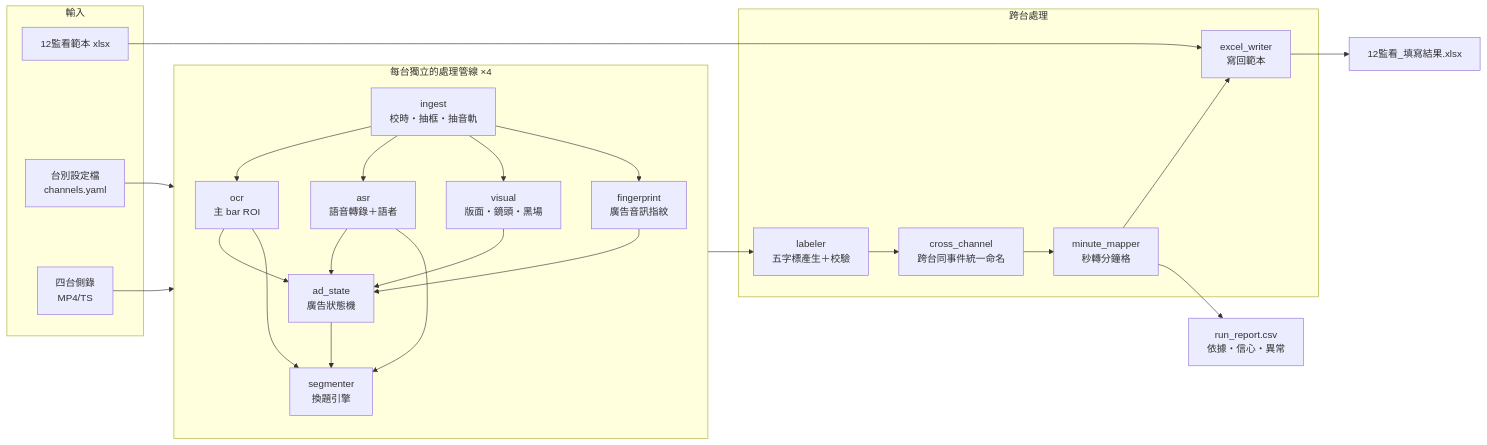
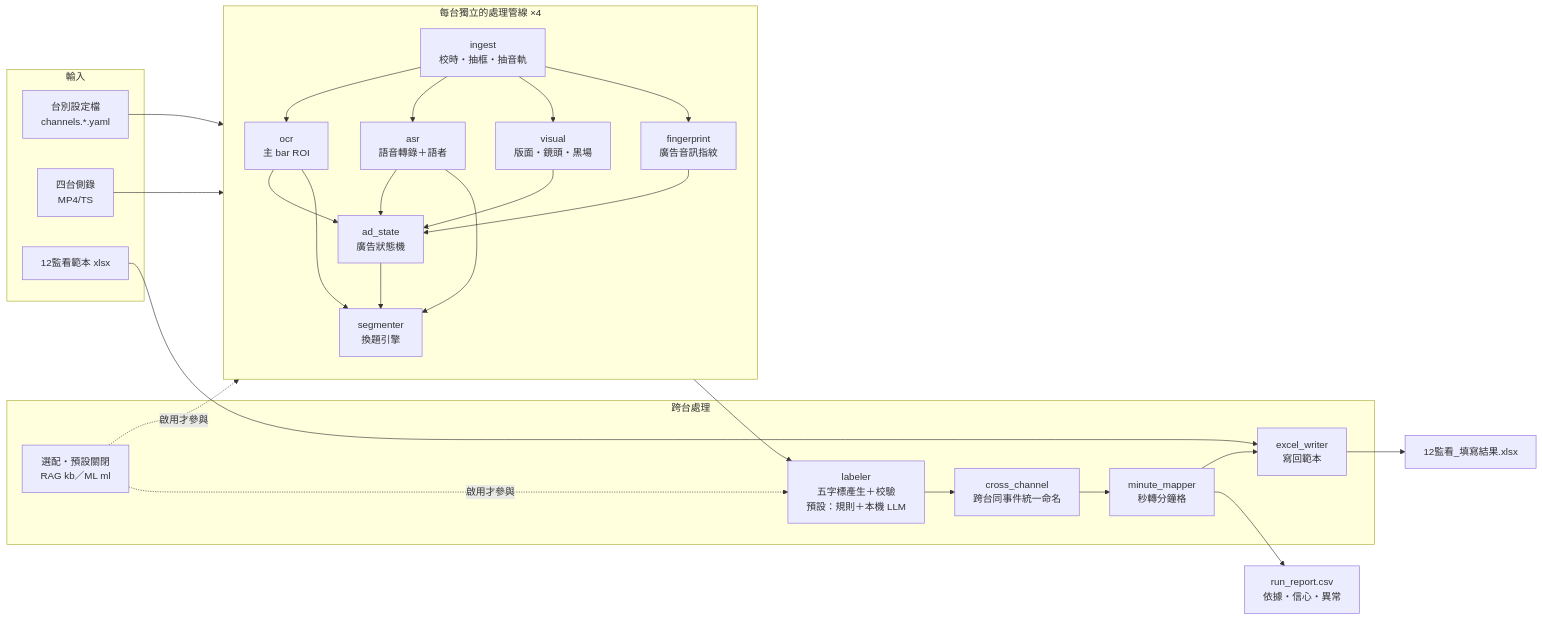
The first of 4 diagrams in docs/architecture.md (JeremyLiu2005/newsbar-copilot), drawn with Mermaid before and after one commit. The commit also changed other lines of this file and 6 other files, not shown here.

````diff
--- a/docs/architecture.md
+++ b/docs/architecture.md
@@ -40,37 +40,40 @@
 ```mermaid
 flowchart LR
     subgraph IN[輸入]
         V[四台側錄<br/>MP4/TS]
         T[12監看範本 xlsx]
-        C[台別設定檔<br/>channels.yaml]
+        C[台別設定檔<br/>channels.*.yaml]
     end
 
     subgraph P[每台獨立的處理管線 ×4]
         direction TB
         I[ingest<br/>校時・抽框・抽音軌]
         O[ocr<br/>主 bar ROI]
         A[asr<br/>語音轉錄＋語者]
         VI[visual<br/>版面・鏡頭・黑場]
         FP[fingerprint<br/>廣告音訊指紋]
         AD[ad_state<br/>廣告狀態機]
         SG[segmenter<br/>換題引擎]
         I --> O & A & VI & FP
         O & A & VI & FP --> AD
         AD --> SG
         O & A --> SG
     end
 
     subgraph X[跨台處理]
-        LB[labeler<br/>五字標產生＋校驗]
+        LB[labeler<br/>五字標產生＋校驗<br/>預設：規則＋本機 LLM]
+        OPT[選配・預設關閉<br/>RAG kb／ML ml]
         XC[cross_channel<br/>跨台同事件統一命名]
         MN[minute_mapper<br/>秒轉分鐘格]
         W[excel_writer<br/>寫回範本]
     end
 
     V --> I
     C --> I
     SG --> LB --> XC --> MN --> W
+    OPT -.->|啟用才參與| SG
+    OPT -.->|啟用才參與| LB
     T --> W
     W --> OUT1[12監看_填寫結果.xlsx]
     MN --> OUT2[run_report.csv<br/>依據・信心・異常]
 ```
````
